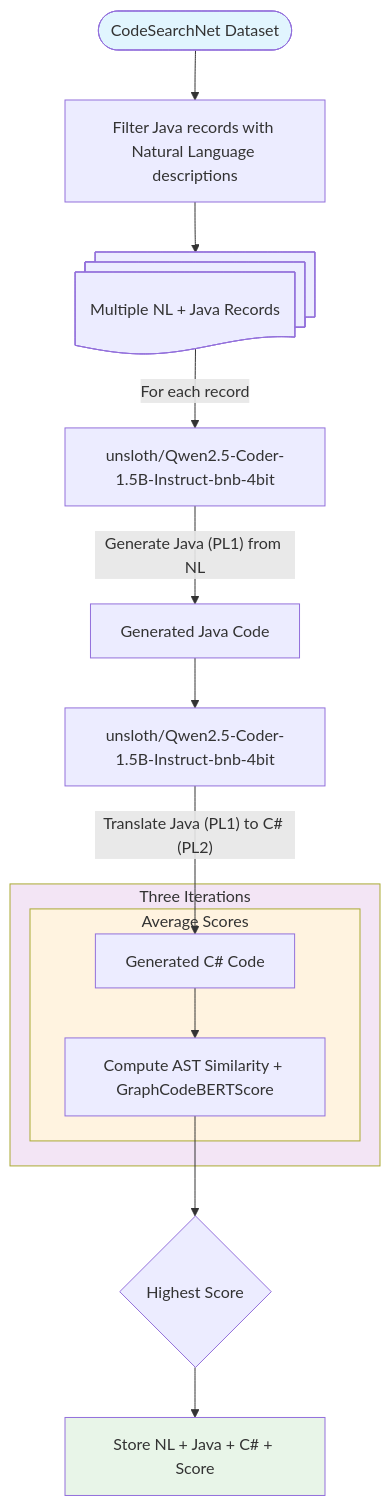
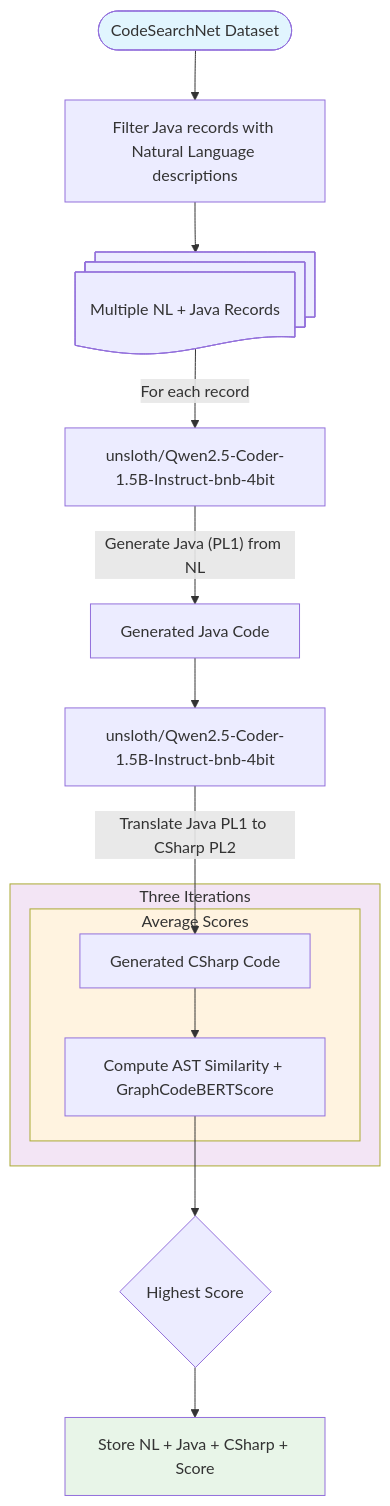
The first of 4 diagrams in Architecture/Diagram_NL_Java_CSharp.md (nayanjha16/CodeGen-Implementations-May_26), drawn with Mermaid before and after one commit. The commit also changed other lines of this file, not shown here.

````diff
--- a/Architecture/Diagram_NL_Java_CSharp.md
+++ b/Architecture/Diagram_NL_Java_CSharp.md
@@ -17,27 +17,27 @@
 ``` mermaid
 graph TD
     A([CodeSearchNet Dataset]) --> B[Filter Java records with Natural Language descriptions]
     B --> C@{shape: docs, label: "Multiple NL + Java Records"}
 
     C -- "For each record" --> D["unsloth/Qwen2.5-Coder-1.5B-Instruct-bnb-4bit"]
 
     D -- "Generate Java (PL1) from NL" --> E[Generated Java Code]
 
     E --> F["unsloth/Qwen2.5-Coder-1.5B-Instruct-bnb-4bit"]
 
-    F -- "Translate Java (PL1) to C# (PL2)" --> G[Generated C# Code]
+    F -- "Translate Java PL1 to CSharp PL2" --> G[Generated CSharp Code]
 
     subgraph Iteration[Three Iterations]
         subgraph AverageScores[Average Scores]
             G --> H[Compute AST Similarity + GraphCodeBERTScore]
         end
     end
 
     H --> I{Highest Score}
-    I --> J[Store NL + Java + C# + Score]
+    I --> J[Store NL + Java + CSharp + Score]
 
     style A fill:#e1f5fe
     style Iteration fill:#f3e5f5
     style AverageScores fill:#fff3e0
     style J fill:#e8f5e8
 ```
````
